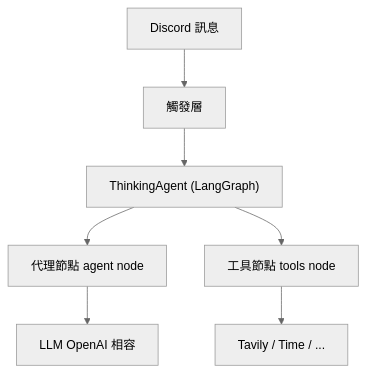
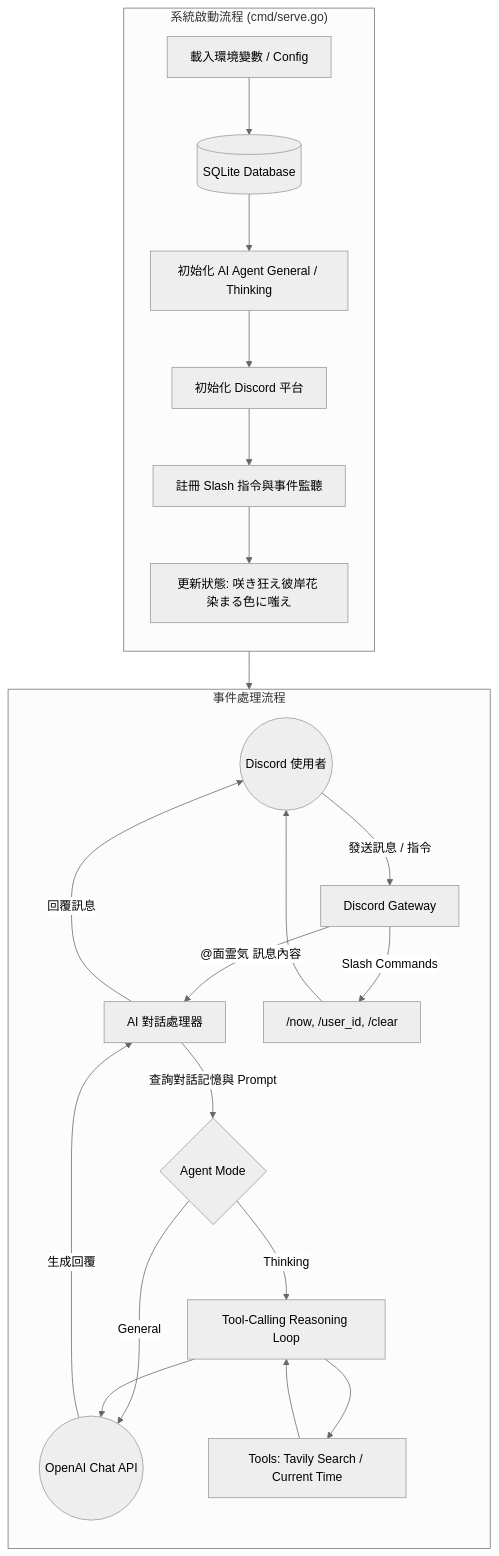
The diagram in README.zh-TW.md (supersonictw/menreiki), drawn with Mermaid (neutral theme) before and after one commit. The commit also changed other lines of this file and 49 other files, not shown here.

Commit message:
refactor: rewrite bot in golang referencing isla architecture

````diff
--- a/README.zh-TW.md
+++ b/README.zh-TW.md
@@ -24,9 +13,31 @@
 ```mermaid
-graph TD
-    A[Discord 訊息] --> B[觸發層]
-    B --> C["ThinkingAgent (LangGraph)"]
-    C --> D[代理節點 agent node]
-    C --> E[工具節點 tools node]
-    D --> F[LLM OpenAI 相容]
-    E --> G[Tavily / Time / ...]
+flowchart TD
+    subgraph Initialization ["系統啟動流程 (cmd/serve.go)"]
+        direction TB
+        A[載入環境變數 / Config] --> B[(SQLite Database)]
+        B --> C[初始化 AI Agent General / Thinking]
+        C --> D[初始化 Discord 平台]
+        D --> E[註冊 Slash 指令與事件監聽]
+        E --> F[更新狀態: 咲き狂え彼岸花 染まる色に嗤え]
+    end
+
+    subgraph EventFlow ["事件處理流程"]
+        direction TB
+        U((Discord 使用者)) -- 發送訊息 / 指令 --> D_In[Discord Gateway]
+
+        D_In -- "@面霊気 訊息內容" --> Chat[AI 對話處理器]
+        Chat -- 查詢對話記憶與 Prompt --> Agent{Agent Mode}
+        Agent -- "General" --> LLM((OpenAI Chat API))
+        Agent -- "Thinking" --> Loop[Tool-Calling Reasoning Loop]
+        Loop --> Tools[Tools: Tavily Search / Current Time]
+        Tools --> Loop
+        Loop --> LLM
+        LLM -- 生成回覆 --> Chat
+        Chat -- 回覆訊息 --> U
+
+        D_In -- Slash Commands --> Cmds["/now, /user_id, /clear"]
+        Cmds --> U
+    end
+
+    Initialization --> EventFlow
 ```
````
